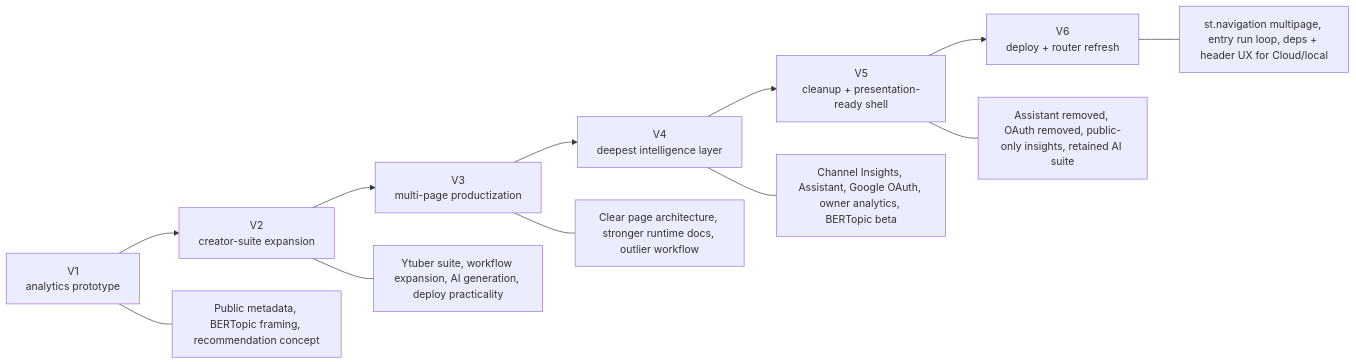
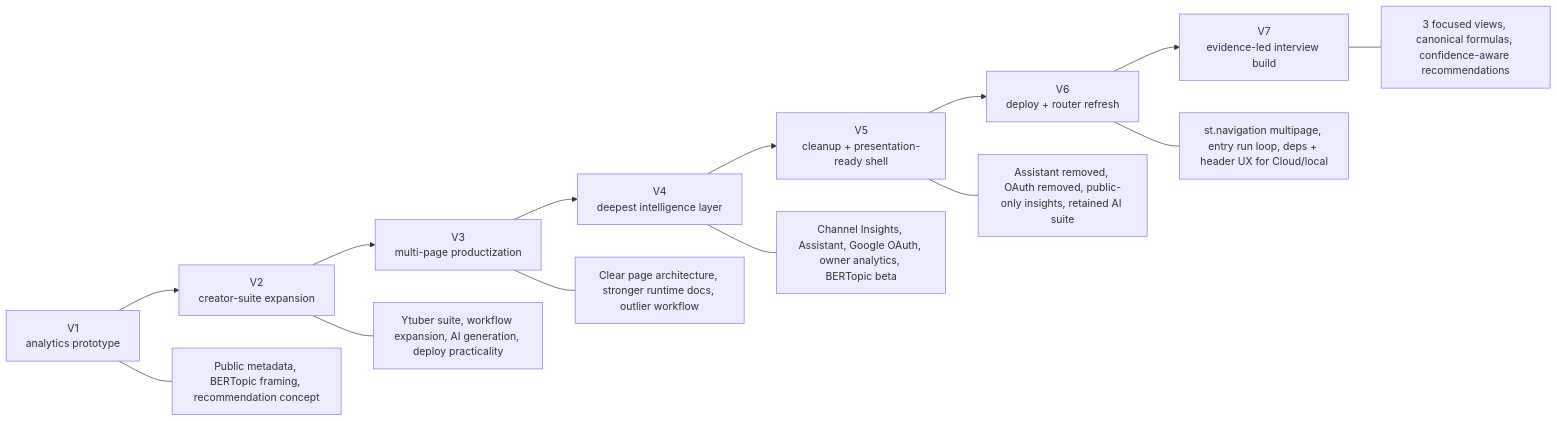
The first of 6 diagrams in README.md (AsherJ07/purdue-youtube-ip-new), drawn with Mermaid before and after one commit. The commit also changed other lines of this file and 3 other files, not shown here.

````diff
--- a/README.md
+++ b/README.md
@@ -56,15 +56,17 @@
 ```mermaid
 flowchart LR
     V1["V1<br/>analytics prototype"] --> V2["V2<br/>creator-suite expansion"]
     V2 --> V3["V3<br/>multi-page productization"]
     V3 --> V4["V4<br/>deepest intelligence layer"]
     V4 --> V5["V5<br/>cleanup + presentation-ready shell"]
     V5 --> V6["V6<br/>deploy + router refresh"]
+    V6 --> V7["V7<br/>evidence-led interview build"]
 
     V1 --- A1["Public metadata, BERTopic framing, recommendation concept"]
     V2 --- A2["Ytuber suite, workflow expansion, AI generation, deploy practicality"]
     V3 --- A3["Clear page architecture, stronger runtime docs, outlier workflow"]
     V4 --- A4["Channel Insights, Assistant, Google OAuth, owner analytics, BERTopic beta"]
     V5 --- A5["Assistant removed, OAuth removed, public-only insights, retained AI suite"]
     V6 --- A6["st.navigation multipage, entry run loop, deps + header UX for Cloud/local"]
+    V7 --- A7["3 focused views, canonical formulas, confidence-aware recommendations"]
 ```
````
